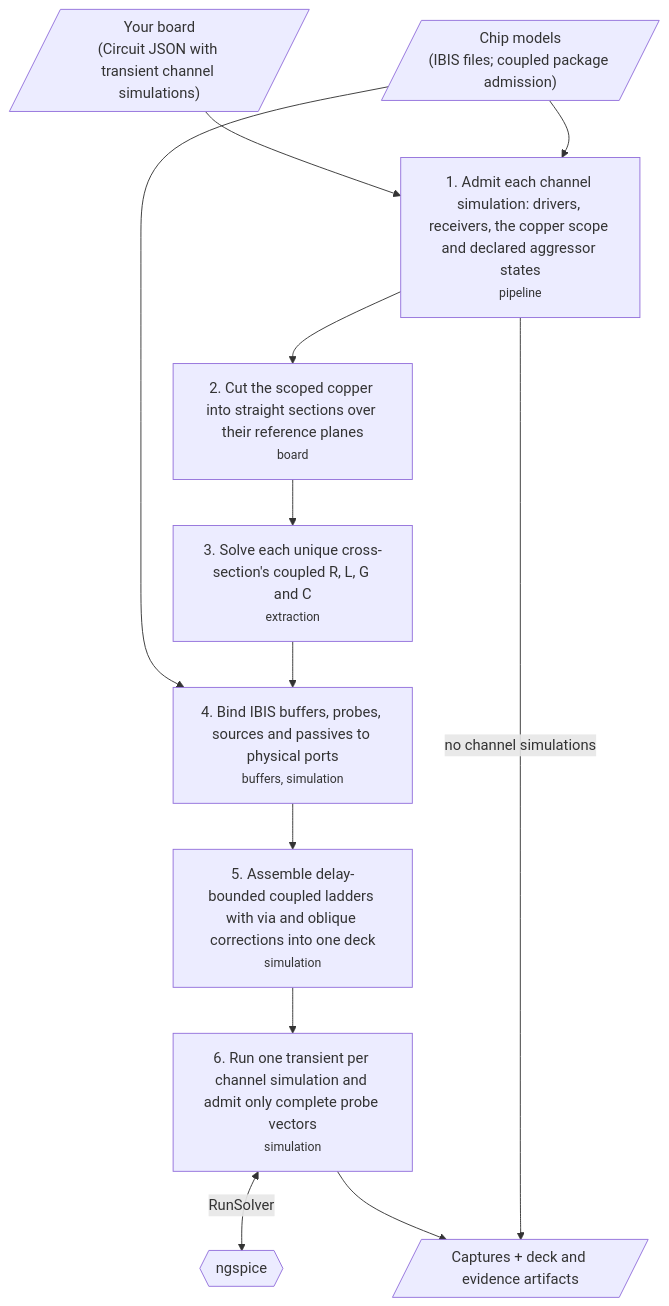
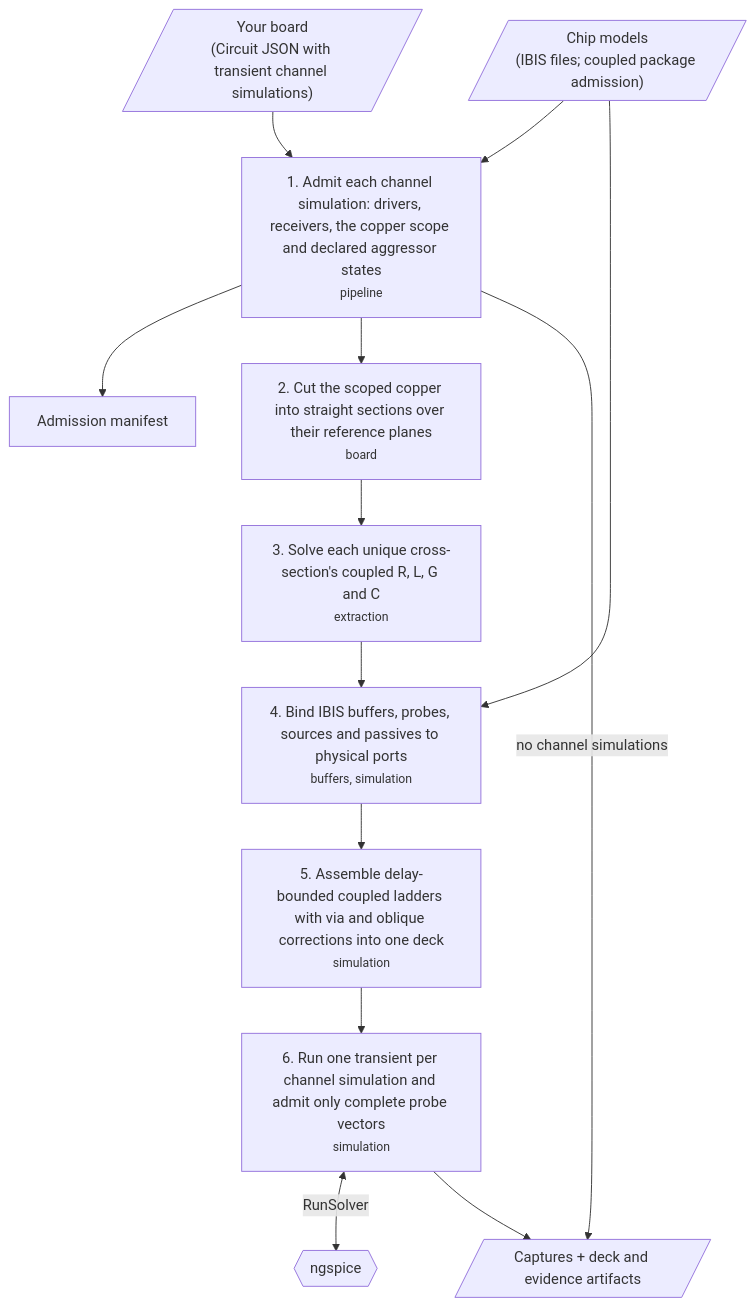
One commit to draarivpatel-ui/signal-integrity-pipeline changed the first of 3 diagrams in README.md. Above: the diagram before and after it, drawn with Mermaid. The commit also changed 1 other file, not shown here.

Commit message:
docs: show admission outputs in the routed pipeline flow

````diff
--- a/README.md
+++ b/README.md
@@ -72,14 +72,15 @@
 ```mermaid
 flowchart TD
   board[/"Your board<br/>(Circuit JSON with transient channel simulations)"/] --> s1["1. Admit each channel simulation: drivers, receivers, the copper scope and declared aggressor states<br/><small>pipeline</small>"]
   chips[/"Chip models<br/>(IBIS files; coupled package admission)"/] --> s1
+  s1 --> manifest["Admission manifest"]
   s1 --> s2["2. Cut the scoped copper into straight sections over their reference planes<br/><small>board</small>"]
   s2 --> s3["3. Solve each unique cross-section's coupled R, L, G and C<br/><small>extraction</small>"]
   chips --> s4
   s3 --> s4["4. Bind IBIS buffers, probes, sources and passives to physical ports<br/><small>buffers, simulation</small>"]
   s4 --> s5["5. Assemble delay-bounded coupled ladders with via and oblique corrections into one deck<br/><small>simulation</small>"]
   s5 --> s6["6. Run one transient per channel simulation and admit only complete probe vectors<br/><small>simulation</small>"]
   s6 <-->|"RunSolver"| ng{{"ngspice"}}
   s6 --> out[/"Captures + deck and evidence artifacts"/]
   s1 -->|"no channel simulations"| out
 ```
````
